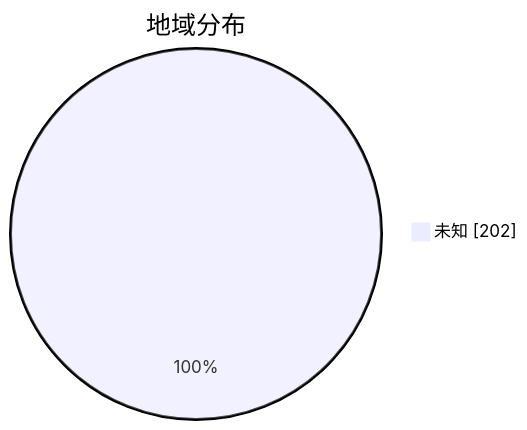
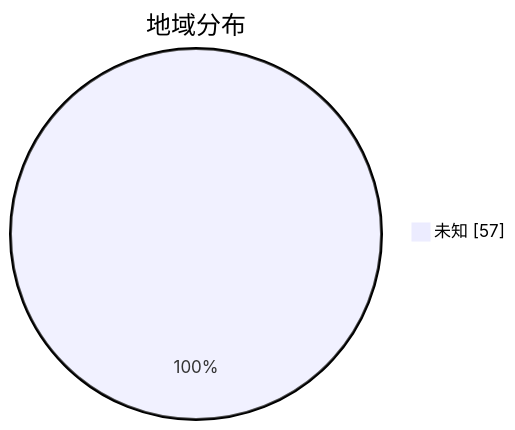
Before and after one commit to qjlxg/airport: the second of 3 diagrams in subs/statistics/tested_within.md, drawn with Mermaid. The commit also changed other lines of this file and 2 other files, not shown here.

````diff
--- a/subs/statistics/tested_within.md
+++ b/subs/statistics/tested_within.md
@@ -12,5 +11,5 @@
 ```mermaid
 pie showData
 title 地域分布
-"未知" : 202
+"未知" : 57
 ```
````
